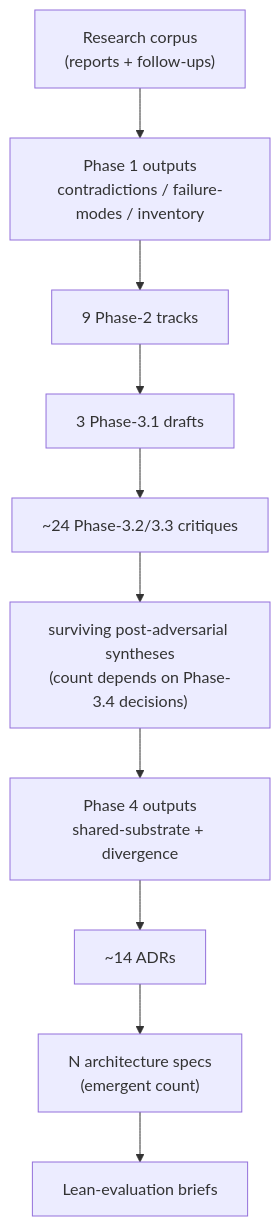
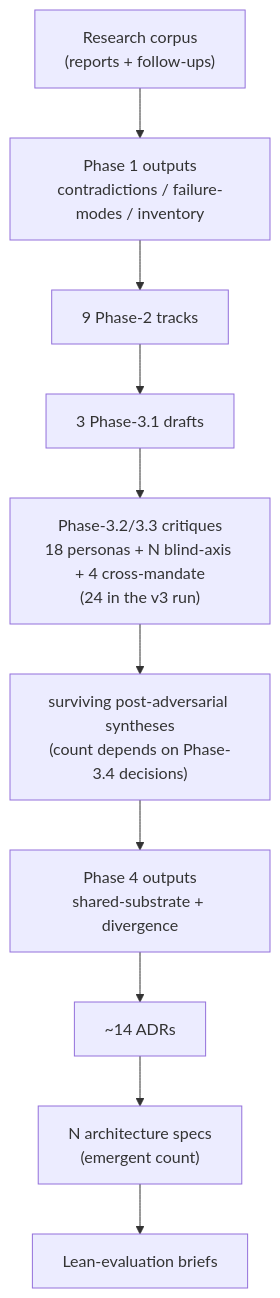
One commit to lago-morph/software-factory changed the fourth of 11 diagrams in research-plan-v3-primer.md. Above: the diagram before and after it, drawn with Mermaid. The commit also changed other lines of this file, not shown here.

````diff
--- a/research-plan-v3-primer.md
+++ b/research-plan-v3-primer.md
@@ -101,16 +101,16 @@
 ```mermaid
 flowchart TB
     CORPUS["Research corpus<br/>(reports + follow-ups)"]
     P1OUT["Phase 1 outputs<br/>contradictions / failure-modes / inventory"]
     TRACKS["9 Phase-2 tracks"]
     DRAFTS["3 Phase-3.1 drafts"]
-    CRITIQUES["~24 Phase-3.2/3.3 critiques"]
+    CRITIQUES["Phase-3.2/3.3 critiques<br/>18 personas + N blind-axis + 4 cross-mandate<br/>(24 in the v3 run)"]
     SV1["surviving post-adversarial syntheses<br/>(count depends on Phase-3.4 decisions)"]
     P4OUT["Phase 4 outputs<br/>shared-substrate + divergence"]
     ADRS["~14 ADRs"]
     SPECS["N architecture specs<br/>(emergent count)"]
     EVALS["Lean-evaluation briefs"]
 
     CORPUS --> P1OUT --> TRACKS --> DRAFTS
     DRAFTS --> CRITIQUES --> SV1 --> P4OUT --> ADRS --> SPECS --> EVALS
 ```
````
